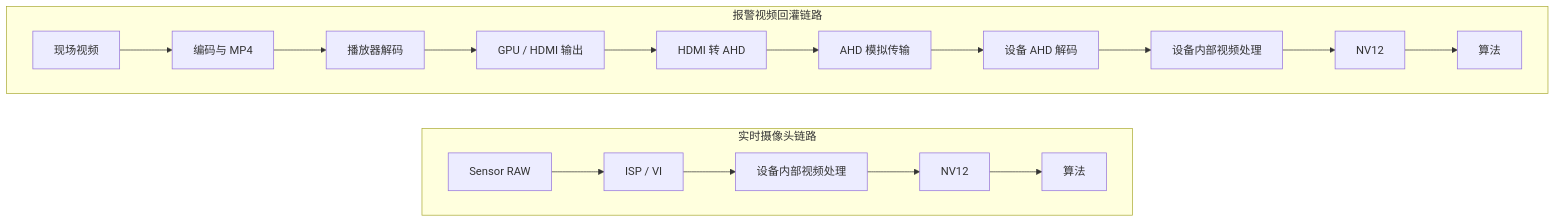
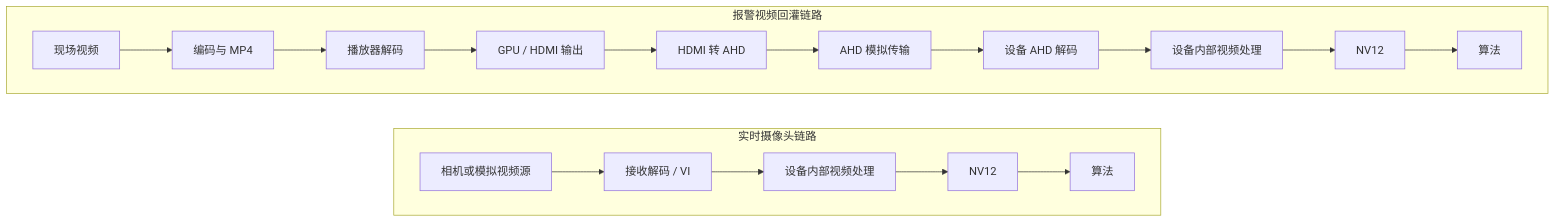
The fourth of 6 diagrams in engineering/diagnostics/ir-camera-input-chain-and-chroma-anomaly.md (visionzoo/vision-workbench), drawn with Mermaid before and after one commit. The commit also changed other lines of this file, not shown here.

````diff
--- a/engineering/diagnostics/ir-camera-input-chain-and-chroma-anomaly.md
+++ b/engineering/diagnostics/ir-camera-input-chain-and-chroma-anomaly.md
@@ -31,23 +199,23 @@
 ```mermaid
 flowchart LR
     subgraph LIVE[实时摄像头链路]
         direction LR
-        L1[Sensor RAW] --> L2[ISP / VI]
+        L1[相机或模拟视频源] --> L2[接收解码 / VI]
         L2 --> L3[设备内部视频处理]
         L3 --> L4[NV12]
         L4 --> L5[算法]
     end
 
     subgraph REPLAY[报警视频回灌链路]
         direction LR
         R1[现场视频] --> R2[编码与 MP4]
         R2 --> R3[播放器解码]
         R3 --> R4[GPU / HDMI 输出]
         R4 --> R5[HDMI 转 AHD]
         R5 --> R6[AHD 模拟传输]
         R6 --> R7[设备 AHD 解码]
         R7 --> R8[设备内部视频处理]
         R8 --> R9[NV12]
         R9 --> R10[算法]
     end
 ```
````
